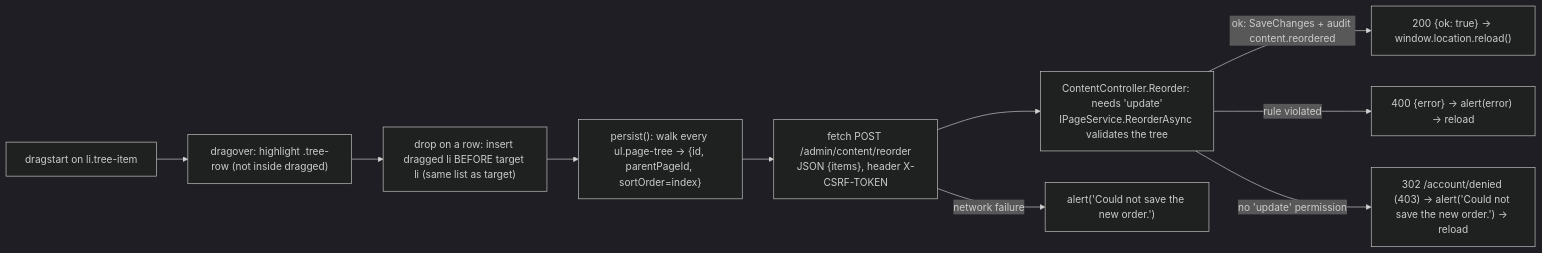
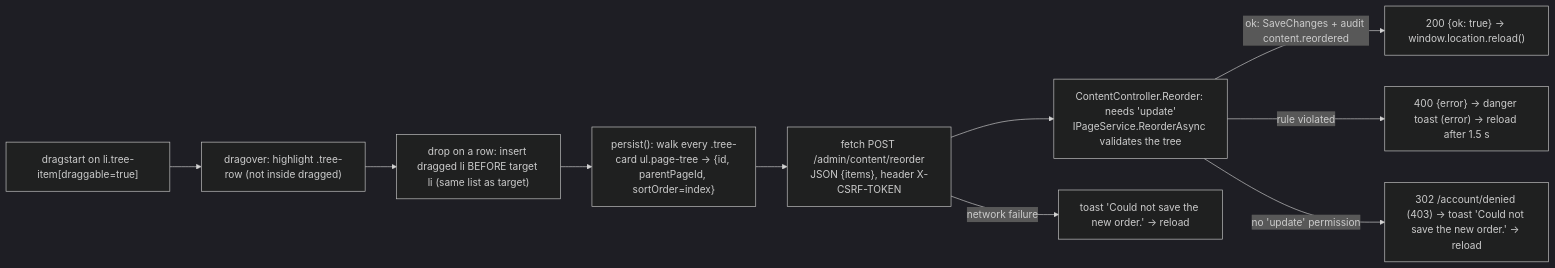
Before and after one commit to Albadit/DotNetForge: the second of 4 diagrams in .docs/pages/content-manager.md, drawn with Mermaid (dark theme). The commit also changed other lines of this file and 454 other files, not shown here.

````diff
--- a/.docs/pages/content-manager.md
+++ b/.docs/pages/content-manager.md
@@ -196,12 +256,12 @@
 ```mermaid
 flowchart LR
-    D["dragstart on li.tree-item"] --> O["dragover: highlight .tree-row (not inside dragged)"]
+    D["dragstart on li.tree-item[draggable=true]"] --> O["dragover: highlight .tree-row (not inside dragged)"]
     O --> Drop["drop on a row: insert dragged li BEFORE target li (same list as target)"]
-    Drop --> W["persist(): walk every ul.page-tree → {id, parentPageId, sortOrder=index}"]
+    Drop --> W["persist(): walk every .tree-card ul.page-tree → {id, parentPageId, sortOrder=index}"]
     W --> F["fetch POST /admin/content/reorder<br/>JSON {items}, header X-CSRF-TOKEN"]
     F --> C["ContentController.Reorder: needs 'update'<br/>IPageService.ReorderAsync validates the tree"]
     C -- "ok: SaveChanges + audit content.reordered" --> R["200 {ok: true} → window.location.reload()"]
-    C -- "rule violated" --> E["400 {error} → alert(error) → reload"]
-    C -- "no 'update' permission" --> X["302 /account/denied (403) → alert('Could not save the new order.') → reload"]
-    F -- "network failure" --> N["alert('Could not save the new order.')"]
+    C -- "rule violated" --> E["400 {error} → danger toast (error) → reload after 1.5 s"]
+    C -- "no 'update' permission" --> X["302 /account/denied (403) → toast 'Could not save the new order.' → reload"]
+    F -- "network failure" --> N["toast 'Could not save the new order.' → reload"]
 ```
````
